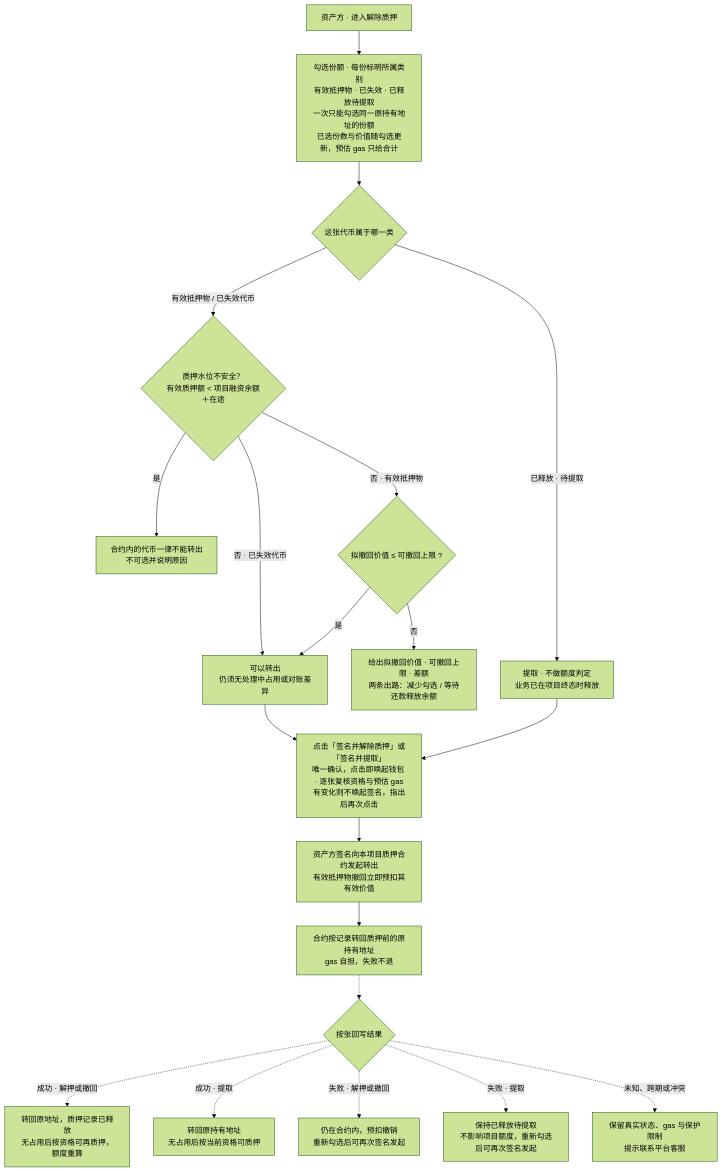
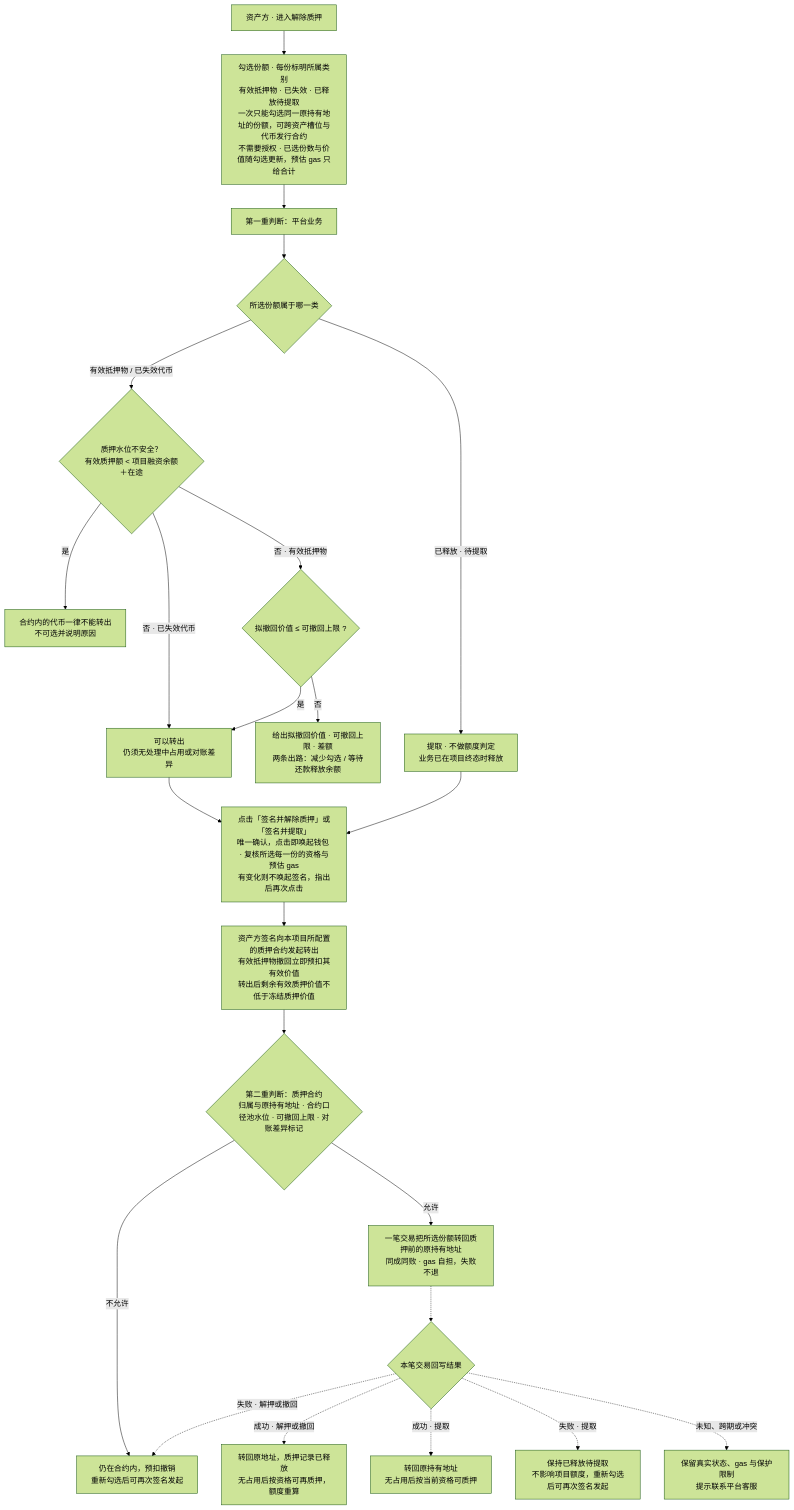
One commit to wxblockchain/Chain-Financing changed the third of 10 diagrams in lending-platform/PRD/面客端/05-借贷广场-融资需求与代币质押/02-融资需求与代币质押-流程图与状态机.md. Above: the diagram before and after it, drawn with Mermaid (forest theme). The commit also changed other lines of this file and 5 other files, not shown here.

````diff
--- a/lending-platform/PRD/面客端/05-借贷广场-融资需求与代币质押/02-融资需求与代币质押-流程图与状态机.md
+++ b/lending-platform/PRD/面客端/05-借贷广场-融资需求与代币质押/02-融资需求与代币质押-流程图与状态机.md
@@ -82,22 +100,26 @@
 ```mermaid
 flowchart TD
-  A["资产方 · 进入解除质押"] --> B["勾选份额 · 每份标明所属类别<br/>有效抵押物 · 已失效 · 已释放待提取<br/>一次只能勾选同一原持有地址的份额<br/>已选份数与价值随勾选更新，预估 gas 只给合计"]
-  B --> C{"这张代币属于哪一类"}
+  A["资产方 · 进入解除质押"] --> B["勾选份额 · 每份标明所属类别<br/>有效抵押物 · 已失效 · 已释放待提取<br/>一次只能勾选同一原持有地址的份额，可跨资产槽位与代币发行合约<br/>不需要授权 · 已选份数与价值随勾选更新，预估 gas 只给合计"]
+  C{"所选份额属于哪一类"}
+  B --> P0["第一重判断：平台业务"]
+  P0 --> C
   C -- "有效抵押物 / 已失效代币" --> W{"质押水位不安全？<br/>有效质押额 < 项目融资余额＋在途"}
   W -- "是" --> X["合约内的代币一律不能转出<br/>不可选并说明原因"]
   W -- "否 · 已失效代币" --> D["可以转出<br/>仍须无处理中占用或对账差异"]
   W -- "否 · 有效抵押物" --> E{"拟撤回价值 ≤ 可撤回上限 ?"}
   E -- "否" --> F["给出拟撤回价值 · 可撤回上限 · 差额<br/>两条出路：减少勾选 / 等待还款释放余额"]
   E -- "是" --> D
   C -- "已释放 · 待提取" --> G["提取 · 不做额度判定<br/>业务已在项目终态时释放"]
-  D --> CONF["点击「签名并解除质押」或「签名并提取」<br/>唯一确认，点击即唤起钱包 · 逐张复核资格与预估 gas<br/>有变化则不唤起签名，指出后再次点击"]
+  D --> CONF["点击「签名并解除质押」或「签名并提取」<br/>唯一确认，点击即唤起钱包 · 复核所选每一份的资格与预估 gas<br/>有变化则不唤起签名，指出后再次点击"]
   G --> CONF
-  CONF --> H["资产方签名向本项目质押合约发起转出<br/>有效抵押物撤回立即预扣其有效价值"]
-  H --> I["合约按记录转回质押前的原持有地址<br/>gas 自担，失败不退"]
-  I -.-> J{"按张回写结果"}
+  CONF --> H["资产方签名向本项目所配置的质押合约发起转出<br/>有效抵押物撤回立即预扣其有效价值<br/>转出后剩余有效质押价值不低于冻结质押价值"]
+  H --> CC{"第二重判断：质押合约<br/>归属与原持有地址 · 合约口径池水位 · 可撤回上限 · 对账差异标记"}
+  CC -- "不允许" --> M
+  CC -- "允许" --> I["一笔交易把所选份额转回质押前的原持有地址<br/>同成同败 · gas 自担，失败不退"]
+  I -.-> J{"本笔交易回写结果"}
   J -. "成功 · 解押或撤回" .-> K["转回原地址，质押记录已释放<br/>无占用后按资格可再质押，额度重算"]
   J -. "成功 · 提取" .-> L["转回原持有地址<br/>无占用后按当前资格可质押"]
   J -. "失败 · 解押或撤回" .-> M["仍在合约内，预扣撤销<br/>重新勾选后可再次签名发起"]
   J -. "失败 · 提取" .-> N["保持已释放待提取<br/>不影响项目额度，重新勾选后可再次签名发起"]
   J -. "未知、跨期或冲突" .-> O["保留真实状态、gas 与保护限制<br/>提示联系平台客服"]
 ```
````
